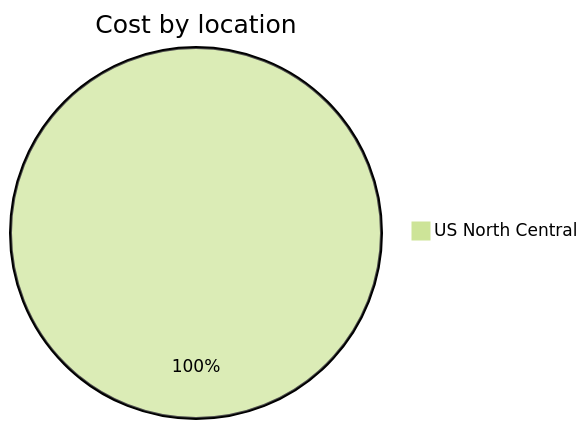
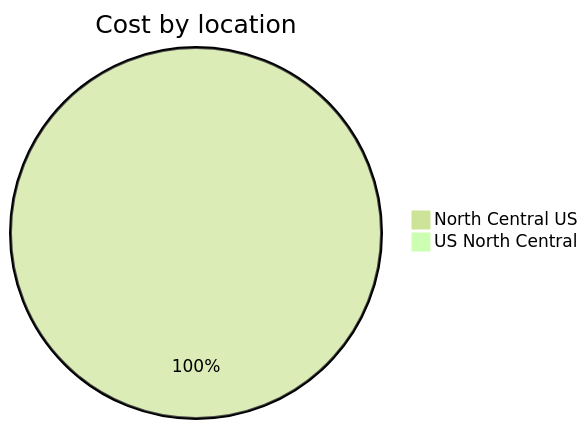
One commit to jpfulton/azure-personal-reports changed the third of 4 diagrams in cost-reports/personal-network/backup-server.md. Above: the diagram before and after it, drawn with Mermaid (forest theme). The commit also changed other lines of this file and 7 other files, not shown here.

````diff
--- a/cost-reports/personal-network/backup-server.md
+++ b/cost-reports/personal-network/backup-server.md
@@ -109,5 +110,6 @@
 ```mermaid
 pie
    title Cost by location
-   "US North Central" : 4.33
+   "North Central US" : 4.51
+   "US North Central" : 0.00
 ```
````
